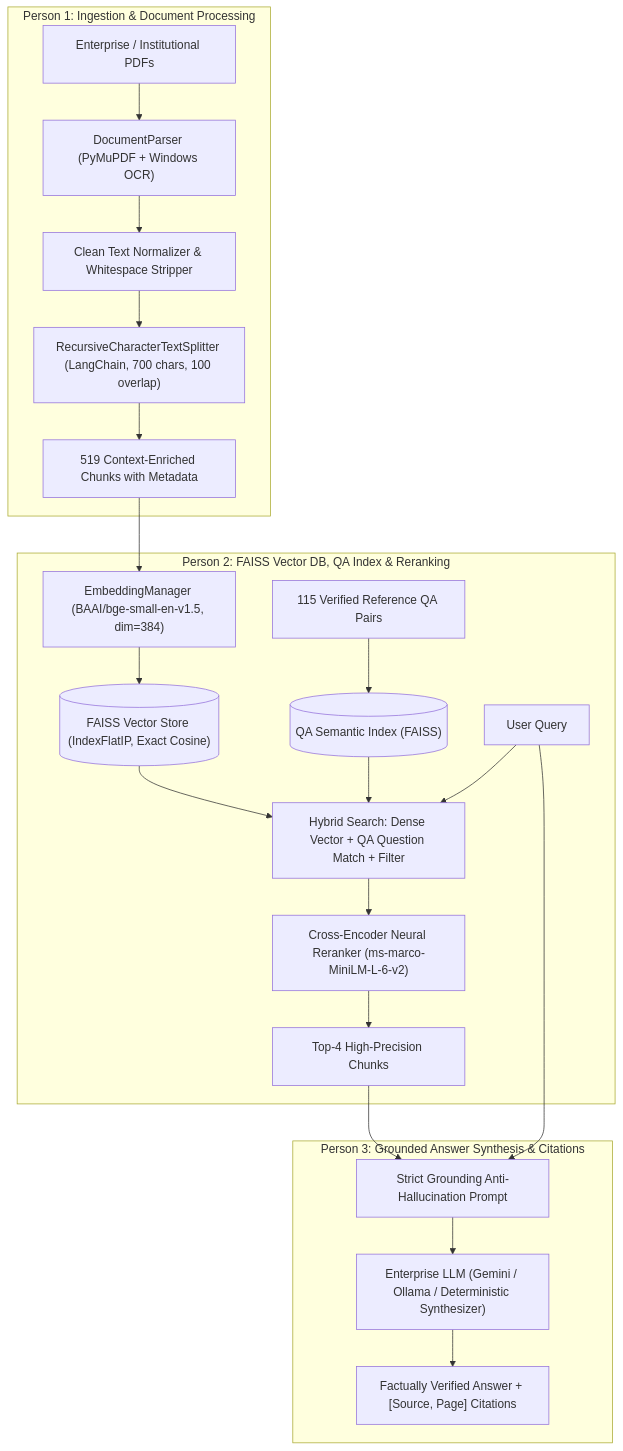
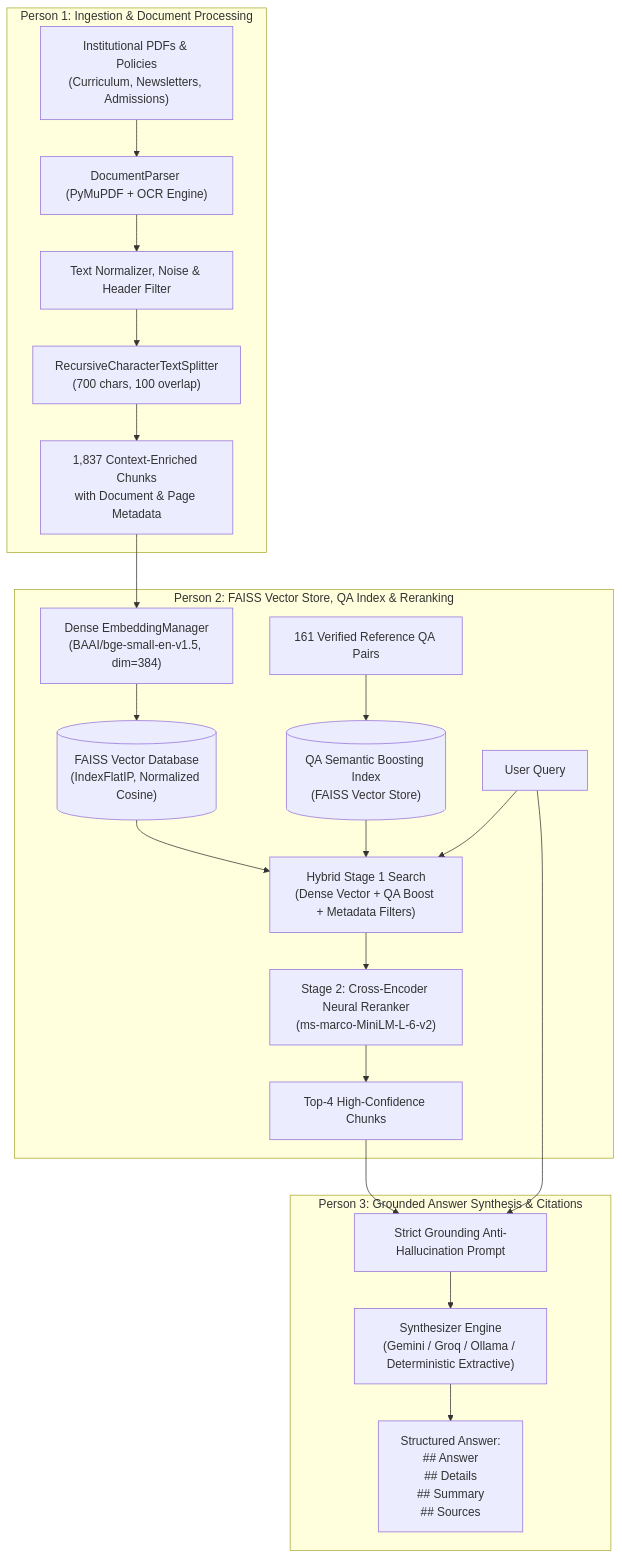
One commit to atharv-ghorpade/ai-rag-agent changed the diagram in README.md. Above: the diagram before and after it, drawn with Mermaid. The commit also changed other lines of this file, not shown here.

Commit message:
docs: create comprehensive production README with architecture, metrics, and API reference

````diff
--- a/README.md
+++ b/README.md
@@ -11,27 +18,27 @@
 ```mermaid
 flowchart TD
     subgraph P1["Person 1: Ingestion & Document Processing"]
-        A["Enterprise / Institutional PDFs"] --> B["DocumentParser (PyMuPDF + Windows OCR)"]
-        B --> C["Clean Text Normalizer & Whitespace Stripper"]
-        C --> D["RecursiveCharacterTextSplitter (LangChain, 700 chars, 100 overlap)"]
-        D --> E["519 Context-Enriched Chunks with Metadata"]
+        A["Institutional PDFs & Policies\n(Curriculum, Newsletters, Admissions)"] --> B["DocumentParser (PyMuPDF + OCR Engine)"]
+        B --> C["Text Normalizer, Noise & Header Filter"]
+        C --> D["RecursiveCharacterTextSplitter\n(700 chars, 100 overlap)"]
+        D --> E["1,837 Context-Enriched Chunks\nwith Document & Page Metadata"]
     end
 
-    subgraph P2["Person 2: FAISS Vector DB, QA Index & Reranking"]
-        E --> F["EmbeddingManager (BAAI/bge-small-en-v1.5, dim=384)"]
-        F --> G[("FAISS Vector Store (IndexFlatIP, Exact Cosine)")]
-        QA["115 Verified Reference QA Pairs"] --> QAI[("QA Semantic Index (FAISS)")]
-        H["User Query"] --> I["Hybrid Search: Dense Vector + QA Question Match + Filter"]
+    subgraph P2["Person 2: FAISS Vector Store, QA Index & Reranking"]
+        E --> F["Dense EmbeddingManager\n(BAAI/bge-small-en-v1.5, dim=384)"]
+        F --> G[("FAISS Vector Database\n(IndexFlatIP, Normalized Cosine)")]
+        QA["161 Verified Reference QA Pairs"] --> QAI[("QA Semantic Boosting Index\n(FAISS Vector Store)")]
+        H["User Query"] --> I["Hybrid Stage 1 Search\n(Dense Vector + QA Boost + Metadata Filters)"]
         G --> I
         QAI --> I
-        I --> J["Cross-Encoder Neural Reranker (ms-marco-MiniLM-L-6-v2)"]
-        J --> K["Top-4 High-Precision Chunks"]
+        I --> J["Stage 2: Cross-Encoder Neural Reranker\n(ms-marco-MiniLM-L-6-v2)"]
+        J --> K["Top-4 High-Confidence Chunks"]
     end
 
     subgraph P3["Person 3: Grounded Answer Synthesis & Citations"]
         K --> L["Strict Grounding Anti-Hallucination Prompt"]
         H --> L
-        L --> M["Enterprise LLM (Gemini / Ollama / Deterministic Synthesizer)"]
-        M --> N["Factually Verified Answer + [Source, Page] Citations"]
+        L --> M["Synthesizer Engine\n(Gemini / Groq / Ollama / Deterministic Extractive)"]
+        M --> N["Structured Answer:\n## Answer\n## Details\n## Summary\n## Sources"]
     end
 ```
````
